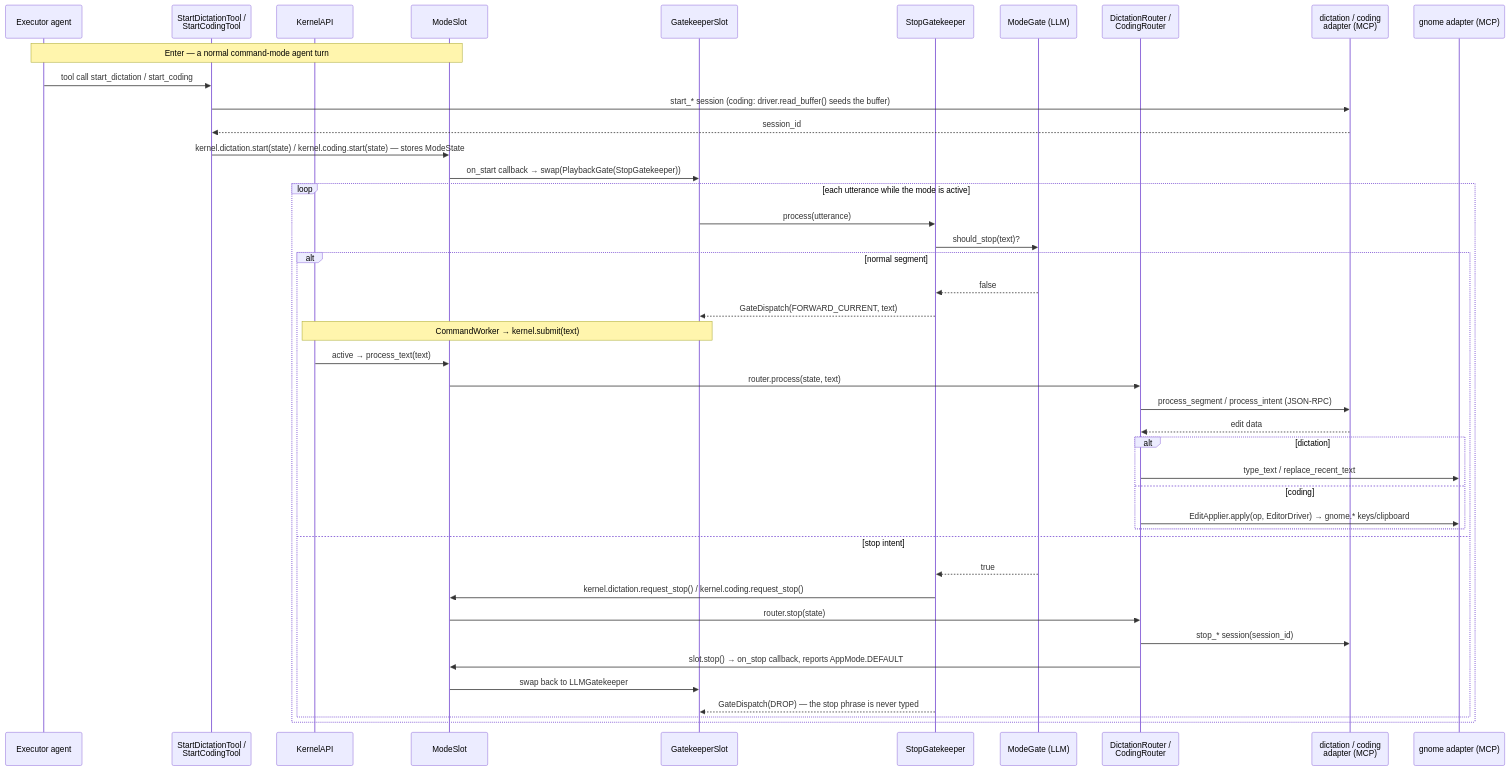
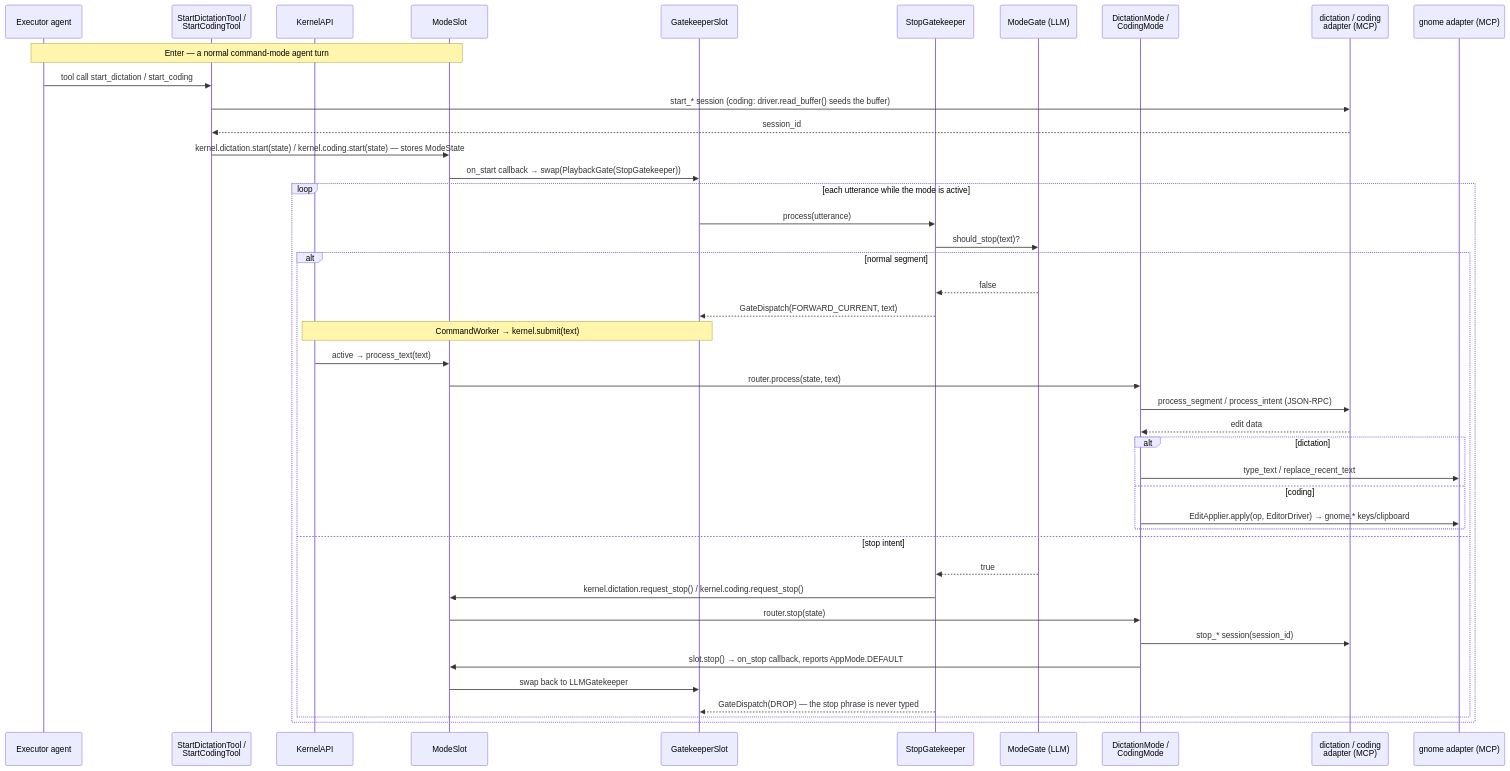
The second of 4 diagrams in docs/architecture.md (vovka/tusk), drawn with Mermaid before and after one commit. The commit also changed other lines of this file and 21 other files, not shown here.

````diff
--- a/docs/architecture.md
+++ b/docs/architecture.md
@@ -163,47 +163,47 @@
 ```mermaid
 sequenceDiagram
     participant EX as Executor agent
     participant ST as StartDictationTool /<br/>StartCodingTool
     participant K as KernelAPI
     participant MS as ModeSlot
     participant GS as GatekeeperSlot
     participant SG as StopGatekeeper
     participant MG as ModeGate (LLM)
-    participant R as DictationRouter /<br/>CodingRouter
+    participant R as DictationMode /<br/>CodingMode
     participant A as dictation / coding<br/>adapter (MCP)
     participant G as gnome adapter (MCP)
 
     Note over EX,MS: Enter — a normal command-mode agent turn
     EX->>ST: tool call start_dictation / start_coding
     ST->>A: start_* session (coding: driver.read_buffer() seeds the buffer)
     A-->>ST: session_id
     ST->>MS: kernel.dictation.start(state) / kernel.coding.start(state) — stores ModeState
     MS->>GS: on_start callback → swap(PlaybackGate(StopGatekeeper))
 
     loop each utterance while the mode is active
         GS->>SG: process(utterance)
         SG->>MG: should_stop(text)?
         alt normal segment
             MG-->>SG: false
             SG-->>GS: GateDispatch(FORWARD_CURRENT, text)
             Note over GS,K: CommandWorker → kernel.submit(text)
             K->>MS: active → process_text(text)
             MS->>R: router.process(state, text)
             R->>A: process_segment / process_intent (JSON-RPC)
             A-->>R: edit data
             alt dictation
                 R->>G: type_text / replace_recent_text
             else coding
                 R->>G: EditApplier.apply(op, EditorDriver) → gnome.* keys/clipboard
             end
         else stop intent
             MG-->>SG: true
             SG->>MS: kernel.dictation.request_stop() / kernel.coding.request_stop()
             MS->>R: router.stop(state)
             R->>A: stop_* session(session_id)
             R->>MS: slot.stop() → on_stop callback, reports AppMode.DEFAULT
             MS->>GS: swap back to LLMGatekeeper
             SG-->>GS: GateDispatch(DROP) — the stop phrase is never typed
         end
     end
 ```
````
